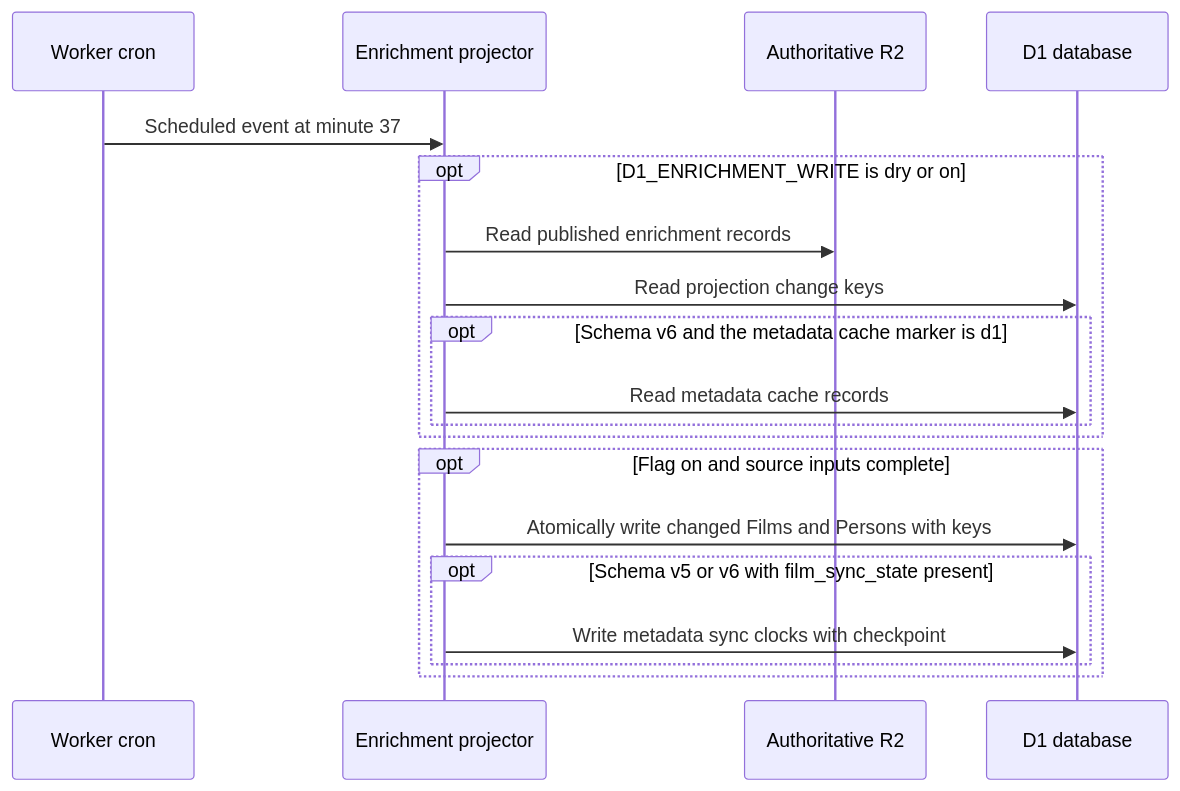
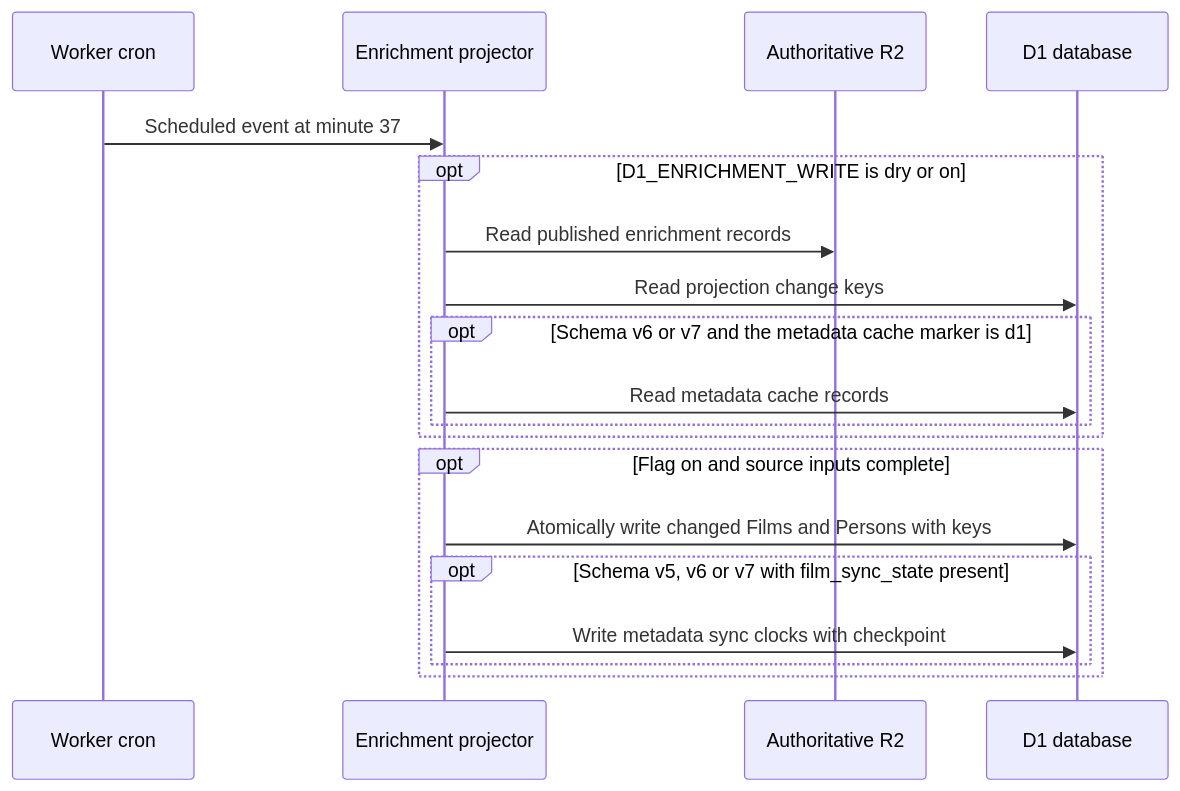
One commit to vladimino/iptv-watchlist changed the fourth of 6 diagrams in docs/architecture/scheduling-and-orchestration.md. Above: the diagram before and after it, drawn with Mermaid. The commit also changed other lines of this file and 32 other files, not shown here.

````diff
--- a/docs/architecture/scheduling-and-orchestration.md
+++ b/docs/architecture/scheduling-and-orchestration.md
@@ -110,21 +118,21 @@
 ```mermaid
 sequenceDiagram
     participant Cron as Worker cron
     participant Worker as Enrichment projector
     participant R2 as Authoritative R2
     participant D1 as D1 database
     Cron->>Worker: Scheduled event at minute 37
     opt D1_ENRICHMENT_WRITE is dry or on
         Worker->>R2: Read published enrichment records
         Worker->>D1: Read projection change keys
-        opt Schema v6 and the metadata cache marker is d1
+        opt Schema v6 or v7 and the metadata cache marker is d1
             Worker->>D1: Read metadata cache records
         end
     end
     opt Flag on and source inputs complete
         Worker->>D1: Atomically write changed Films and Persons with keys
-        opt Schema v5 or v6 with film_sync_state present
+        opt Schema v5, v6 or v7 with film_sync_state present
             Worker->>D1: Write metadata sync clocks with checkpoint
         end
     end
 ```
````
